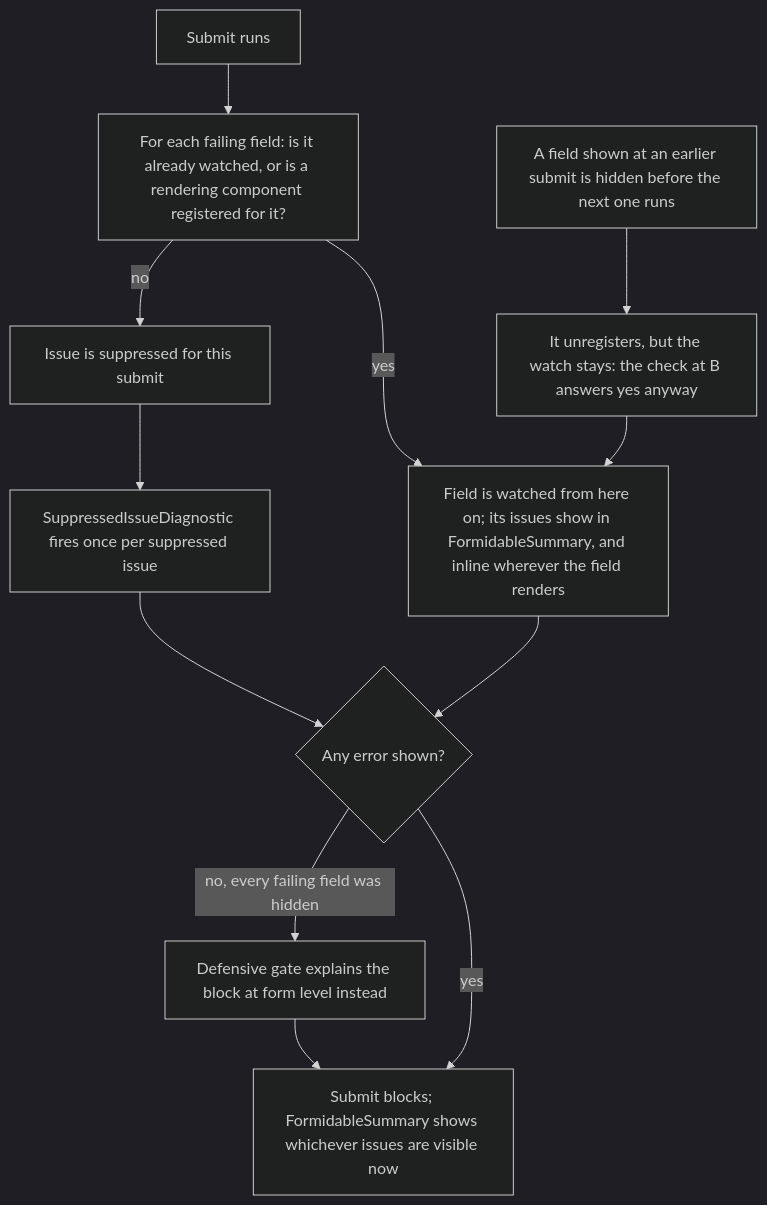
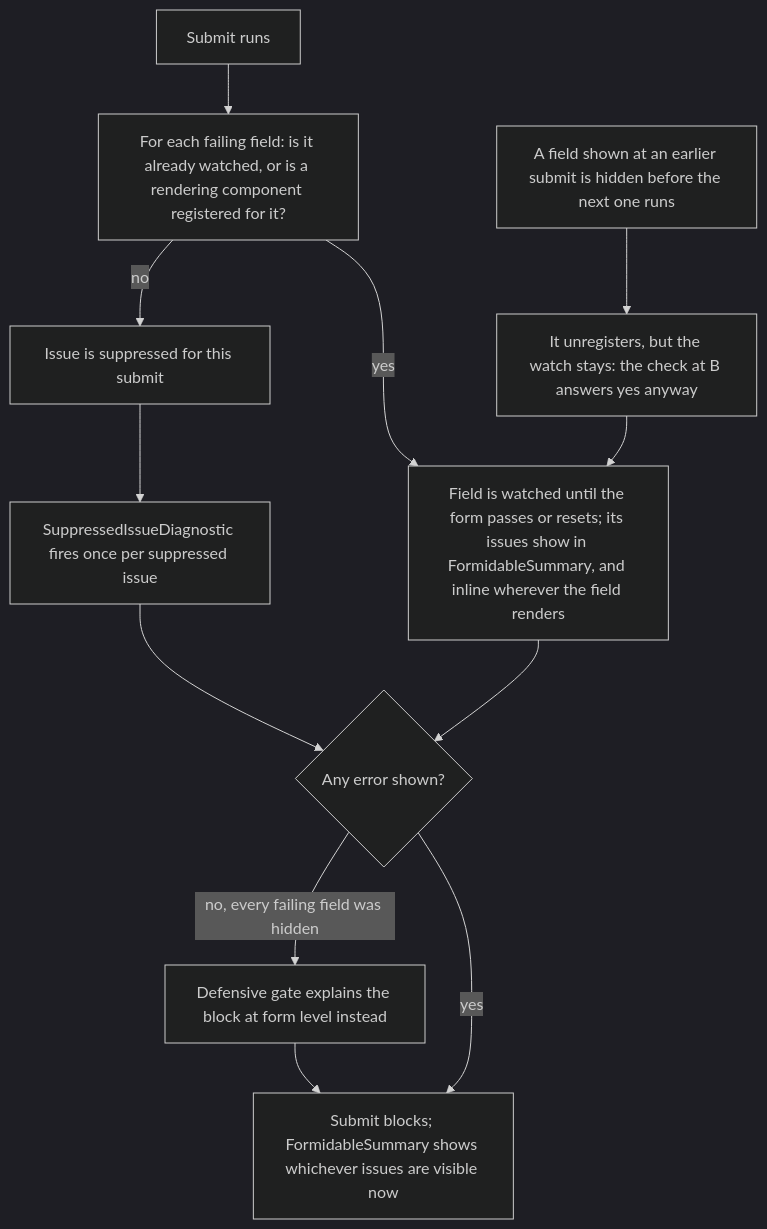
The diagram in docs/disclosure.md (xfunc-pty-ltd/formidable), drawn with Mermaid (dark theme) before and after one commit. The commit also changed other lines of this file and 33 other files, not shown here.

````diff
--- a/docs/disclosure.md
+++ b/docs/disclosure.md
@@ -94,16 +97,16 @@
 ```mermaid
 flowchart TD
     A["Submit runs"] --> B["For each failing field: is it already watched, or is a rendering component registered for it?"]
-    B -- "yes" --> C["Field is watched from here on; its issues show in FormidableSummary, and inline wherever the field renders"]
+    B -- "yes" --> C["Field is watched until the form passes or resets; its issues show in FormidableSummary, and inline wherever the field renders"]
     B -- "no" --> D["Issue is suppressed for this submit"]
     D --> E["SuppressedIssueDiagnostic fires once per suppressed issue"]
 
     C --> F{"Any error shown?"}
     E --> F
     F -- "yes" --> G["Submit blocks; FormidableSummary shows whichever issues are visible now"]
     F -- "no, every failing field was hidden" --> H["Defensive gate explains the block at form level instead"]
     H --> G
 
     I["A field shown at an earlier submit is hidden before the next one runs"] --> J["It unregisters, but the watch stays: the check at B answers yes anyway"]
     J --> C
 ```
````
